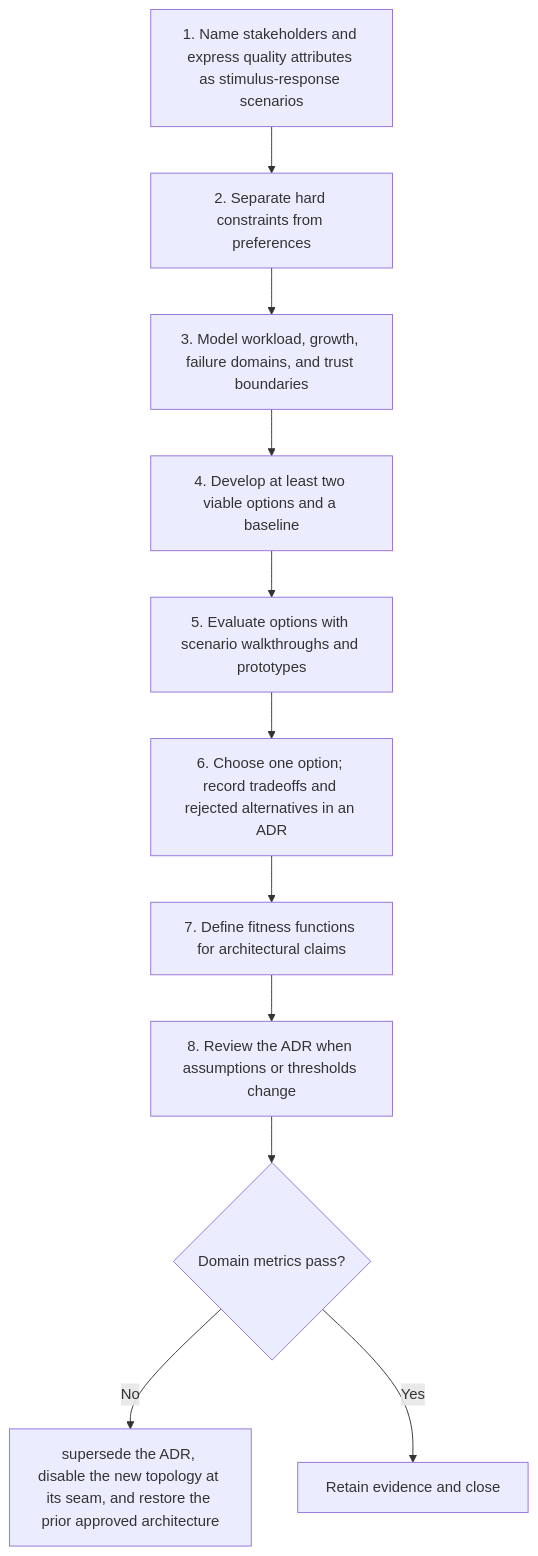
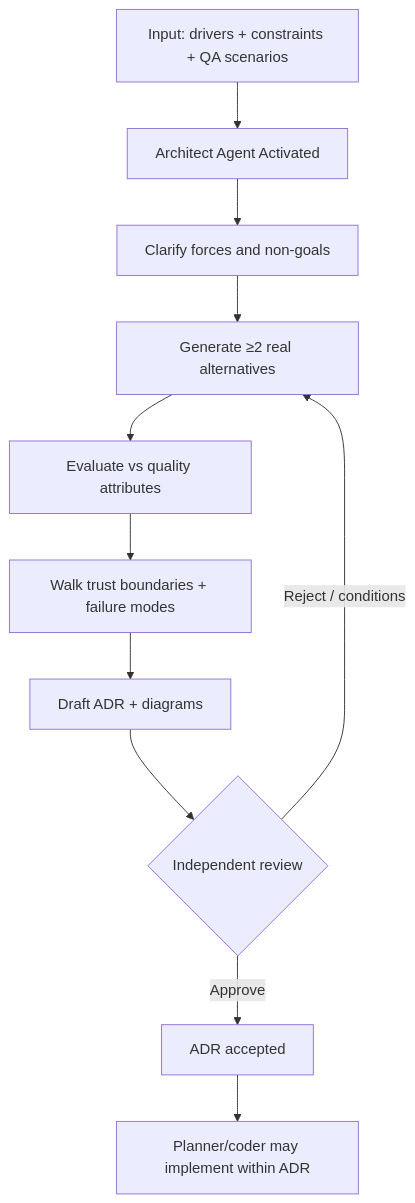
One commit to grvmithas/open-ai-engineering-standards changed the diagram in content/patterns/architecture-pattern/workflow.md. Above: the diagram before and after it, drawn with Mermaid. The commit also changed other lines of this file and 494 other files, not shown here.

````diff
--- a/content/patterns/architecture-pattern/workflow.md
+++ b/content/patterns/architecture-pattern/workflow.md
@@ -9,14 +11,13 @@
 ```mermaid
 flowchart TD
-  S1[1. Name stakeholders and express quality attributes as stimulus-response scenarios] --> S2
-  S2[2. Separate hard constraints from preferences] --> S3
-  S3[3. Model workload, growth, failure domains, and trust boundaries] --> S4
-  S4[4. Develop at least two viable options and a baseline] --> S5
-  S5[5. Evaluate options with scenario walkthroughs and prototypes] --> S6
-  S6[6. Choose one option; record tradeoffs and rejected alternatives in an ADR] --> S7
-  S7[7. Define fitness functions for architectural claims] --> S8
-  S8[8. Review the ADR when assumptions or thresholds change]
-  S8 --> V{Domain metrics pass?}
-  V -->|No| R[supersede the ADR, disable the new topology at its seam, and restore the prior approved architecture]
-  V -->|Yes| C[Retain evidence and close]
+    A[Input: drivers + constraints + QA scenarios] --> B[Architect Agent Activated]
+    B --> C[Clarify forces and non-goals]
+    C --> D[Generate ≥2 real alternatives]
+    D --> E[Evaluate vs quality attributes]
+    E --> F[Walk trust boundaries + failure modes]
+    F --> G[Draft ADR + diagrams]
+    G --> H{Independent review}
+    H -->|Reject / conditions| D
+    H -->|Approve| I[ADR accepted]
+    I --> J[Planner/coder may implement within ADR]
 ```
````
